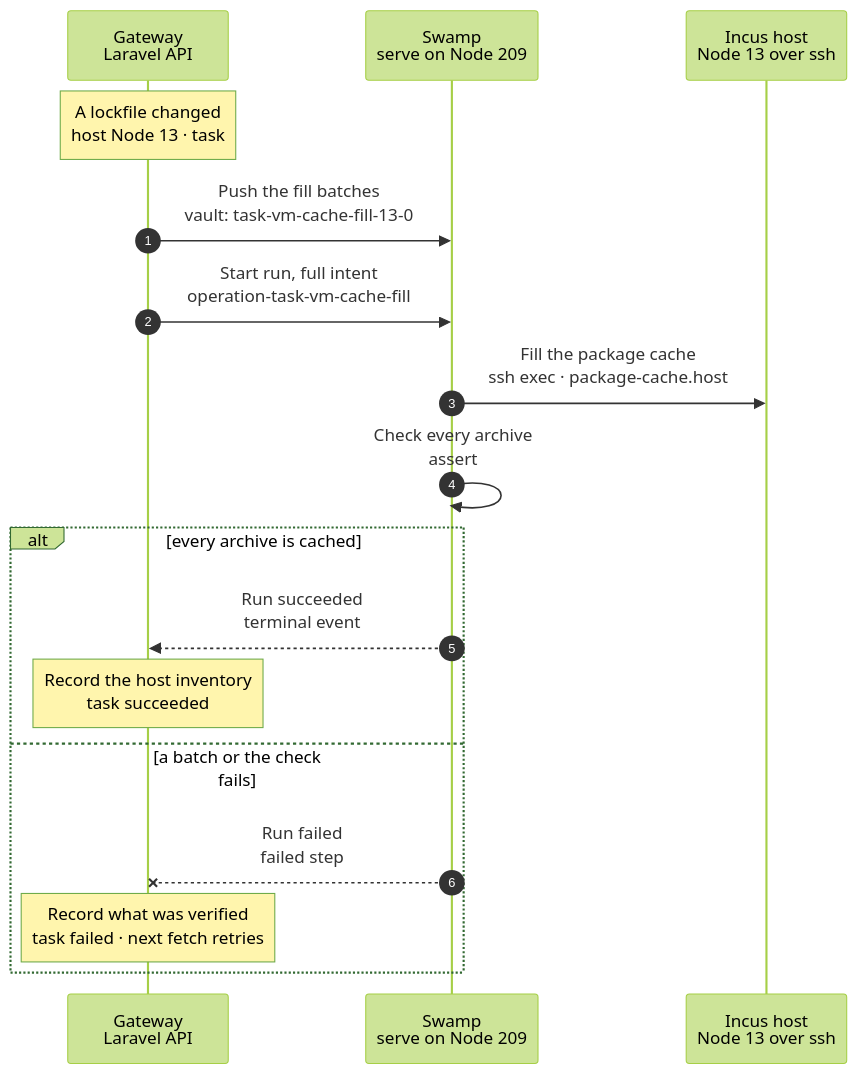
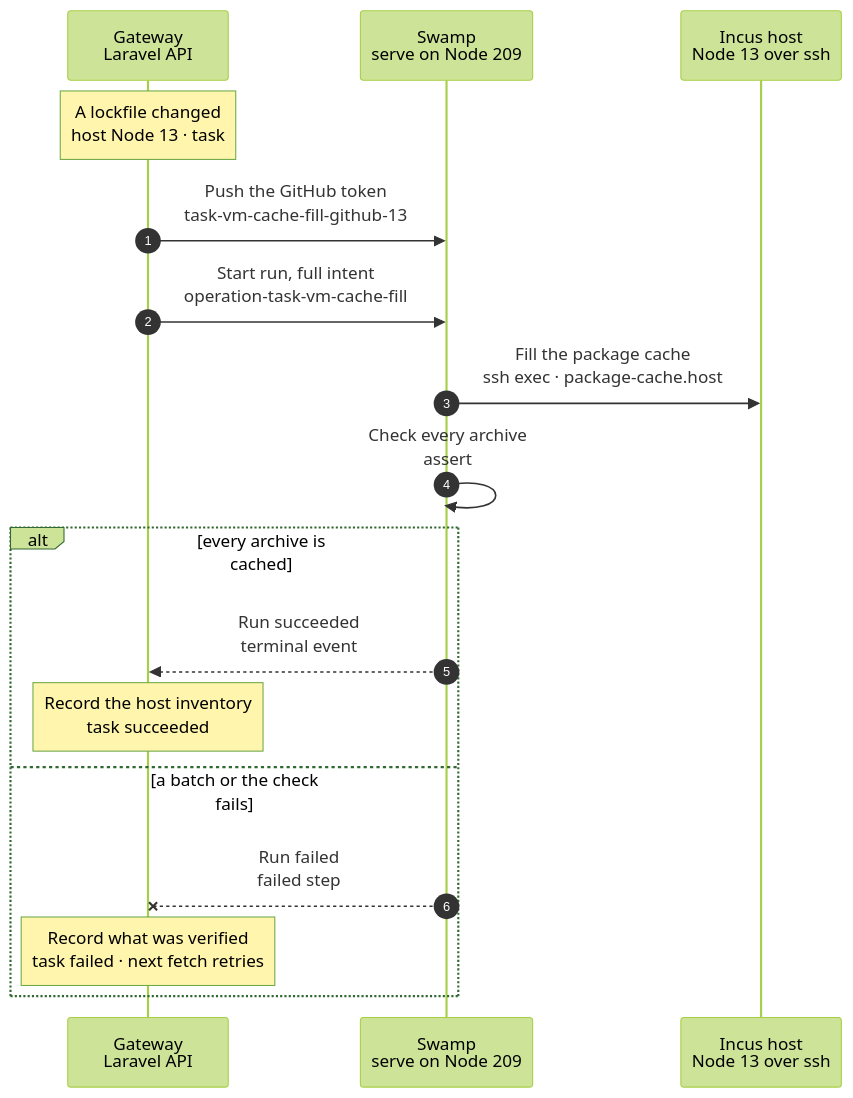
Before and after one commit to hardimpactdev/orbit: the diagram in docs/cli/tasks/vm-cache-fill.mmd, drawn with Mermaid (forest theme). The commit also changed 10 other files, not shown here.

First line of the commit message:
fix(task-vms): package cache fill keeps only the token's request member in the vault

```diff
--- a/docs/cli/tasks/vm-cache-fill.mmd
+++ b/docs/cli/tasks/vm-cache-fill.mmd
@@ -1,75 +1,76 @@
 sequenceDiagram
   %% Target design: docs/reference/compute-drivers.md#shared-package-cache, ADR 0207, Recall single-swamp-node + task-vms-swamp-via-ssh, docs/cli/README.md design rules R2-R4 (token minted by the Gateway, vault key names only).
   %% Tightened: flow-tighten 2026-11-02 (second pass), rules 3 (the pinned agent's package-cache.host already validates, downloads with checked redirects, enforces the budget and writes atomically), 6 (claim, quarantine, download, verify, place and inventory are one action), 11 (one behavior per host and batch, not per artifact), 18 (batches run one at a time: the agent locks the cache), 9 and 14 (a native assert over the batch replies is the end check; no inventory read or report step), 19 (no staging cleanup: the agent removes its own temporary files), 22 (one pinned `@swamp/ssh exec` argv per batch; no curl or script steps).
   %% status: draft
   %% command: none · package cache fill after a lockfile change
   %% kind: task_vm.fill_package_cache
   autonumber
   %% lane GW icon=gateway pill=intent tone=blue
   %% lane SW icon=workflow pill=executes tone=green
   %% lane H icon=server pill=target tone=amber
   participant GW as Gateway<br/>Laravel API
   participant SW as Swamp<br/>serve on Node 209
   participant H as Incus host<br/>Node 13 over ssh
   Note over GW: A lockfile changed<br/>host Node 13 · task #5182
   %%> When:
   %%> - the Gateway Git mirror sees a new default-branch commit whose lock blobs differ from the Project's snapshot
   %%> - it records the new inventory and queues one fill per configured task VM host, such as Node 13
   %%> Requirements:
   %%> - Node 13 is an active, configured task VM host with a recorded SSH host key
   %%> - no other fill runs for Node 13; a second request returns the running task
-  %%> - every cache key fits its 1,024-byte limit, and the inventory fits 8 batches of 4,096 archives
+  %%> - every cache key fits its 1,024-byte limit, and the inventory fits 2 batches of 4,096 archives, so the requests and replies fit the run's one terminal read
   %%> Result:
   %%> - task #5182 recorded with the archives, the integrity conflicts and the byte budget
   %%> - nothing has happened on Node 13 yet
-  GW->>SW: Push the fill batches<br/>vault: task-vm-cache-fill-13-0
+  GW->>SW: Push the GitHub token<br/>task-vm-cache-fill-github-13
   %%> What it does:
-  %%> - at the run start, splits the archives into batches of at most 4,096
-  %%> - writes each batch as one agent request into the Swamp vault
+  %%> - at the run start, mints a GitHub installation token with metadata read access when a Composer archive needs one
+  %%> - writes only the request's `github_token` member into the Swamp vault: the token, or null
   %%> Why:
-  %%> - a batch holds the GitHub installation token for Composer downloads; it is minted here and goes Gateway → vault → step
-  %%> - one batch stays below the agent's 4 MiB request limit
+  %%> - secrets go Gateway → vault → step; the public request bytes stay in the run inputs
+  %%> - serve redacts every vault value it reads with a pattern built from that value, so a vault value stays small
   GW->>SW: Start run, full intent<br/>operation-task-vm-cache-fill
   %%> What it does:
   %%> - starts one Swamp run on serve (Node 209)
   %%> Inputs:
   %%> - Node 13's address, user and SSH host key; the SSH identity comes from the `swamp` role
-  %%> - the batch numbers, the integrity conflicts, and the vault key name of each batch, never its content
+  %%> - each batch's agent request up to its `github_token` member: at most 4,096 archives, below the agent's 4 MiB request limit
+  %%> - the batch numbers, the integrity conflicts, and the token's vault key name, never the token
   SW->>H: Fill the package cache<br/>ssh exec · package-cache.host
   %%> How:
   %%> - Swamp reaches Node 13 over SSH from 209 with the pinned host key
-  %%> - one argv per batch: `timeout 1530 sudo -n -- orbit-agent command package-cache.host`, with the batch on stdin
+  %%> - one argv per batch: `timeout 1530 sudo -n -- orbit-agent command package-cache.host`, with the batch's request, the vault member and the closing braces on stdin
   %%> - batches run one after another; the agent holds one lock on the cache
   %%> What it does:
   %%> - checks each archive identity, downloads approved HTTPS URLs, checks lockfile integrity and the byte budget
   %%> - writes each verified archive and the inventory under `/var/lib/orbit/package-cache`
   %%> - skips archives that are already cached and verified, so a rerun only adds what is missing
   %%> Returns:
   %%> - per batch, the SHA-256 of each cached archive and a short public reason for each refused one
   SW->>SW: Check every archive<br/>assert
   %%> What it does:
   %%> - Swamp's native assert reads every batch reply
   %%> - it passes only when every reply is `ok`, no archive was refused, and the admission found no integrity conflict
   alt every archive is cached
     SW-->>GW: Run succeeded<br/>terminal event
     %%> How the Gateway learns it:
     %%> - its shared run reader sees the terminal event and reads the run once; Swamp never calls the Gateway
     Note over GW: Record the host inventory<br/>task succeeded
     %%> Result:
     %%> - each Project whose snapshot is unchanged gets its verified archives on Node 13
     %%> - a Project stops being pending when every host holds all its archives
     %%> - task #5182 succeeds
   else a batch or the check fails
     SW--xGW: Run failed<br/>failed step
     %%> When:
     %%> - an archive was refused or conflicts, SSH fails, or a batch exceeds its time
     Note over GW: Record what was verified<br/>task failed · next fetch retries
     %%> Result:
     %%> - archives from batch replies that arrived are recorded, so verified archives stay usable
     %%> - each refused archive is logged with its cache key and Node 13
     %%> - task #5182 fails with `task_vm.package_cache_failed`
     %%> On the Node:
     %%> - verified archives stay; there is no rollback
     %%> Retry:
     %%> - the next mirror fetch queues a new fill while a Project is pending
   end
```
